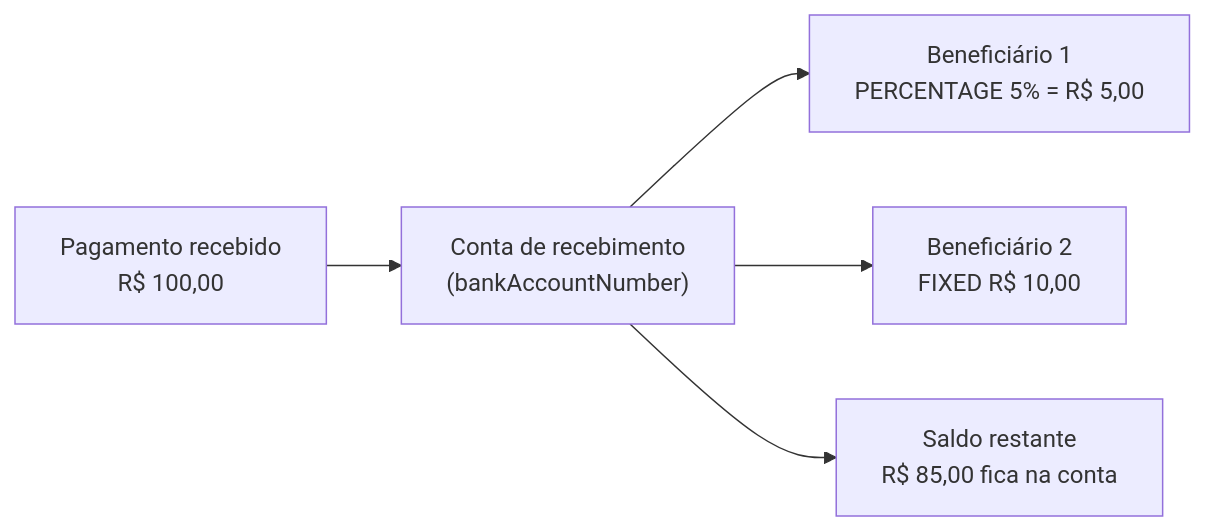
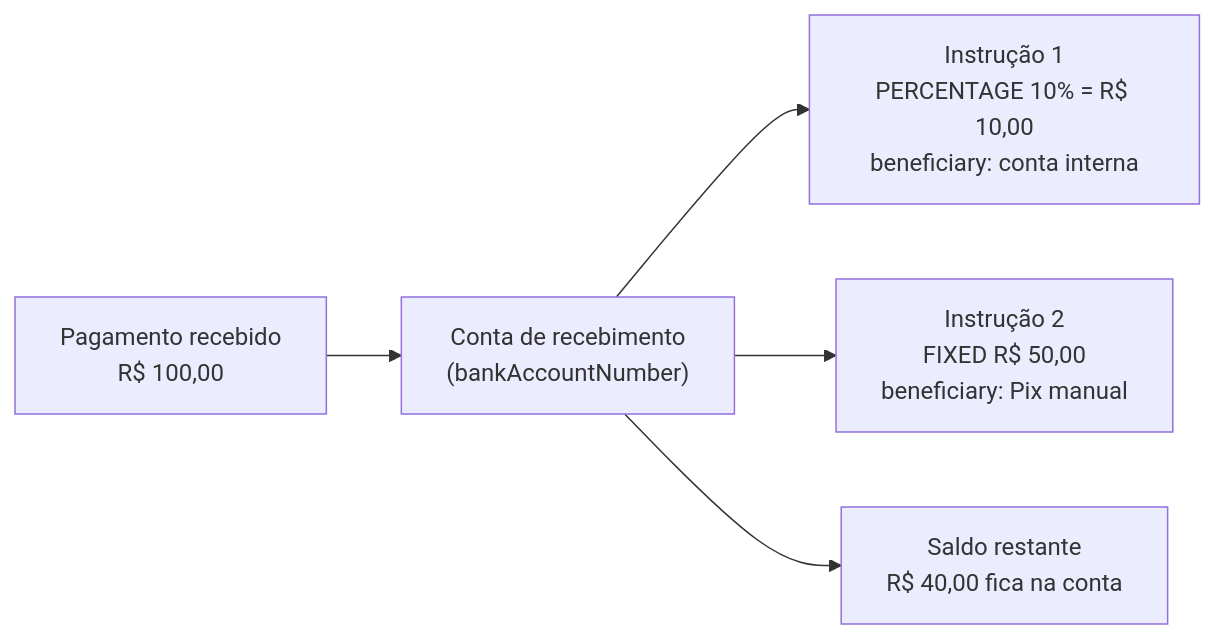
Before and after one commit to tech-andrade/docs: the diagram in guias/split-pagamentos/visao-geral.mdx, drawn with Mermaid. The commit also changed other lines of this file and 10 other files, not shown here.

````diff
--- a/guias/split-pagamentos/visao-geral.mdx
+++ b/guias/split-pagamentos/visao-geral.mdx
@@ -34,7 +36,7 @@
 ```mermaid
 flowchart LR
     A["Pagamento recebido<br/>R$ 100,00"] --> B["Conta de recebimento<br/>(bankAccountNumber)"]
-    B --> C["Beneficiário 1<br/>PERCENTAGE 5% = R$ 5,00"]
-    B --> D["Beneficiário 2<br/>FIXED R$ 10,00"]
-    B --> E["Saldo restante<br/>R$ 85,00 fica na conta"]
+    B --> C["Instrução 1<br/>PERCENTAGE 10% = R$ 10,00<br/>beneficiary: conta interna"]
+    B --> D["Instrução 2<br/>FIXED R$ 50,00<br/>beneficiary: Pix manual"]
+    B --> E["Saldo restante<br/>R$ 40,00 fica na conta"]
 ```
````
